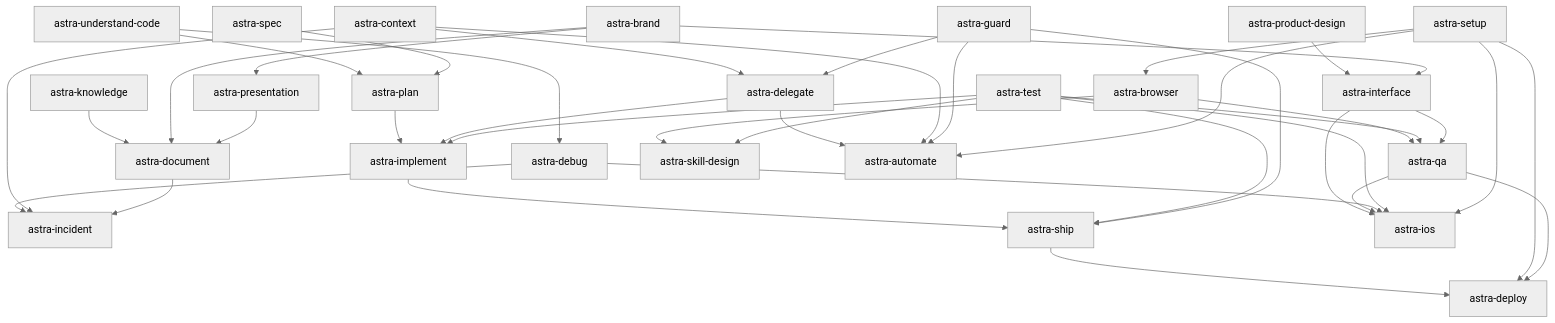
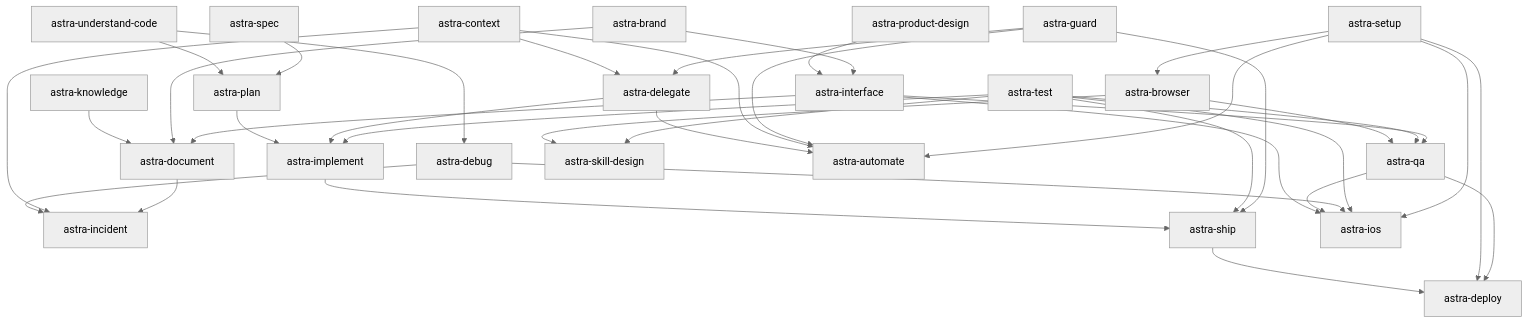
One commit to KuroPhoenix/Astra-Skills changed the first of 2 diagrams in docs/design-roadmap.md. Above: the diagram before and after it, drawn with Mermaid (neutral theme). The commit also changed other lines of this file and 1 other file, not shown here.

First line of the commit message:
docs: integrate wave 1 design triage as roadmap amendment 3

````diff
--- a/docs/design-roadmap.md
+++ b/docs/design-roadmap.md
@@ -94,77 +103,75 @@
 ```mermaid
 flowchart TD
     product["astra-product-design"]
     brand["astra-brand"]
     interface["astra-interface"]
-    presentation["astra-presentation"]
 
     guard["astra-guard"]
     context["astra-context"]
     understand["astra-understand-code"]
     test["astra-test"]
     delegate["astra-delegate"]
     setup["astra-setup"]
 
     spec["astra-spec"]
     plan["astra-plan"]
     implement["astra-implement"]
     debug["astra-debug"]
     incident["astra-incident"]
 
     browser["astra-browser"]
     qa["astra-qa"]
     ship["astra-ship"]
     deploy["astra-deploy"]
 
     knowledge["astra-knowledge"]
     document["astra-document"]
     skilldesign["astra-skill-design"]
     automate["astra-automate"]
     ios["astra-ios"]
 
     product --> interface
     brand --> interface
-    brand --> presentation
 
     understand --> debug
     understand --> plan
     spec --> plan
     context --> delegate
     guard --> delegate
     plan --> implement
     delegate --> implement
     test --> implement
 
     debug --> incident
     context --> incident
     document --> incident
 
     setup --> browser
     browser --> qa
     test --> qa
     interface --> qa
 
     implement --> ship
     test --> ship
     guard --> ship
     ship --> deploy
     setup --> deploy
     qa --> deploy
 
     knowledge --> document
     brand --> document
-    presentation --> document
+    interface --> document
 
     browser --> skilldesign
     test --> skilldesign
     delegate --> automate
     context --> automate
     guard --> automate
     setup --> automate
 
     interface --> ios
     qa --> ios
     debug --> ios
     test --> ios
     setup --> ios
 ```
````
